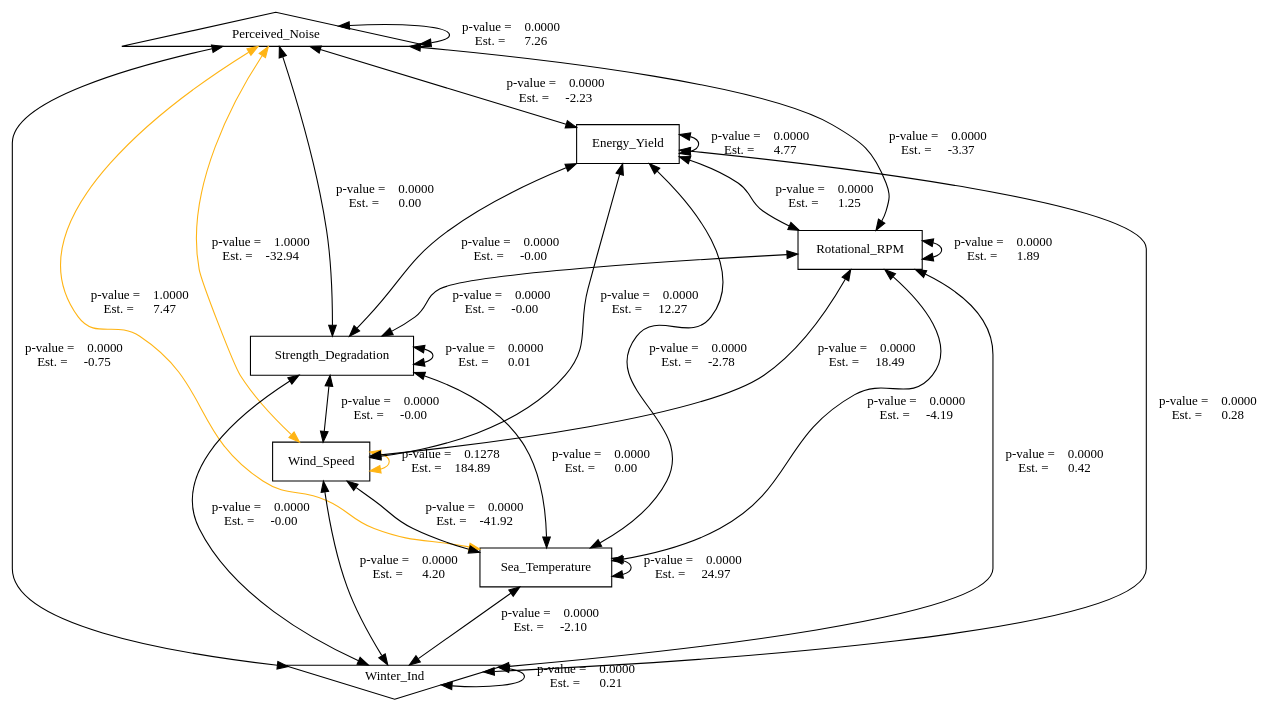
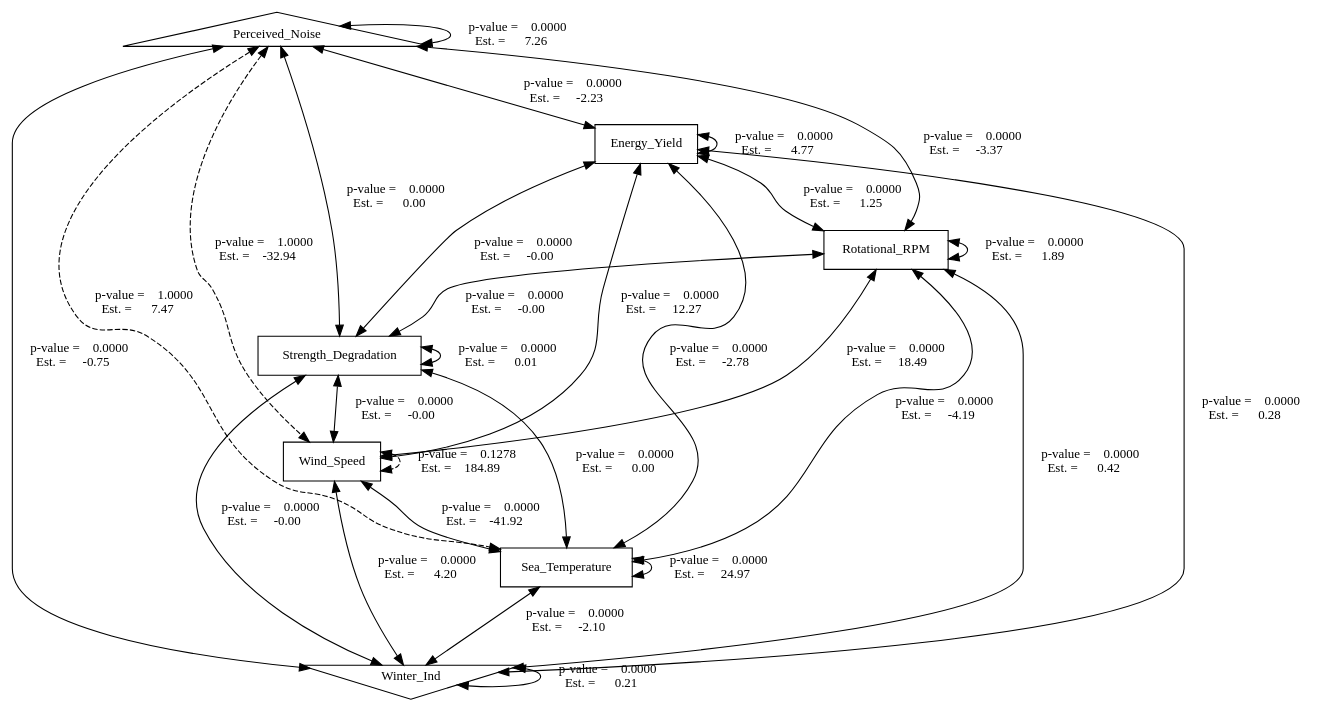
Before and after one commit to elikling/FDCR_causality: the diagram in notebooks/FDCR_scm_induced_covariances_01.gv, drawn with Graphviz. The commit also changed 16 other files, not shown here.

```diff
--- a/notebooks/FDCR_scm_induced_covariances_01.gv
+++ b/notebooks/FDCR_scm_induced_covariances_01.gv
@@ -1,79 +1,79 @@
 digraph FDCR_scm_induced_covariances_01 {
 	overlap=scale
 	splines=True
 	edge [fontsize=12]
 	node [fillcolor=white]
 	node [color=black]
 	node [shape=""]
 	node [style=filled]
 	node [fontsize=12]
-	node [shape=circle]
+	node [shape=plain]
 	node [shape=triangle]
 	Perceived_Noise [label=Perceived_Noise]
 	node [shape=invtriangle]
 	Winter_Ind [label=Winter_Ind]
 	node [shape=box]
 	Winter_Ind [label=Winter_Ind]
 	Sea_Temperature [label=Sea_Temperature]
 	Wind_Speed [label=Wind_Speed]
 	Strength_Degradation [label=Strength_Degradation]
 	Rotational_RPM [label=Rotational_RPM]
 	Energy_Yield [label=Energy_Yield]
 	Perceived_Noise [label=Perceived_Noise]
-	Winter_Ind -> Winter_Ind [label="p-value =    0.0000
- Est. =      0.21" color=black dir=both lblstyle="above, sloped"]
-	Sea_Temperature -> Winter_Ind [label="p-value =    0.0000
- Est. =     -2.10" color=black dir=both lblstyle="above, sloped"]
-	Wind_Speed -> Winter_Ind [label="p-value =    0.0000
- Est. =      4.20" color=black dir=both lblstyle="above, sloped"]
-	Strength_Degradation -> Winter_Ind [label="p-value =    0.0000
- Est. =     -0.00" color=black dir=both lblstyle="above, sloped"]
-	Rotational_RPM -> Winter_Ind [label="p-value =    0.0000
- Est. =      0.42" color=black dir=both lblstyle="above, sloped"]
-	Energy_Yield -> Winter_Ind [label="p-value =    0.0000
- Est. =      0.28" color=black dir=both lblstyle="above, sloped"]
-	Perceived_Noise -> Winter_Ind [label="p-value =    0.0000
- Est. =     -0.75" color=black dir=both lblstyle="above, sloped"]
-	Sea_Temperature -> Sea_Temperature [label="p-value =    0.0000
- Est. =     24.97" color=black dir=both lblstyle="above, sloped"]
-	Wind_Speed -> Sea_Temperature [label="p-value =    0.0000
- Est. =    -41.92" color=black dir=both lblstyle="above, sloped"]
-	Strength_Degradation -> Sea_Temperature [label="p-value =    0.0000
- Est. =      0.00" color=black dir=both lblstyle="above, sloped"]
-	Rotational_RPM -> Sea_Temperature [label="p-value =    0.0000
- Est. =     -4.19" color=black dir=both lblstyle="above, sloped"]
-	Energy_Yield -> Sea_Temperature [label="p-value =    0.0000
- Est. =     -2.78" color=black dir=both lblstyle="above, sloped"]
-	Perceived_Noise -> Sea_Temperature [label="p-value =    1.0000
- Est. =      7.47" color="#FFB414" dir=both lblstyle="above, sloped"]
-	Wind_Speed -> Wind_Speed [label="p-value =    0.1278
- Est. =    184.89" color="#FFB414" dir=both lblstyle="above, sloped"]
-	Strength_Degradation -> Wind_Speed [label="p-value =    0.0000
- Est. =     -0.00" color=black dir=both lblstyle="above, sloped"]
-	Rotational_RPM -> Wind_Speed [label="p-value =    0.0000
- Est. =     18.49" color=black dir=both lblstyle="above, sloped"]
-	Energy_Yield -> Wind_Speed [label="p-value =    0.0000
- Est. =     12.27" color=black dir=both lblstyle="above, sloped"]
-	Perceived_Noise -> Wind_Speed [label="p-value =    1.0000
- Est. =    -32.94" color="#FFB414" dir=both lblstyle="above, sloped"]
-	Strength_Degradation -> Strength_Degradation [label="p-value =    0.0000
- Est. =      0.01" color=black dir=both lblstyle="above, sloped"]
-	Rotational_RPM -> Strength_Degradation [label="p-value =    0.0000
- Est. =     -0.00" color=black dir=both lblstyle="above, sloped"]
-	Energy_Yield -> Strength_Degradation [label="p-value =    0.0000
- Est. =     -0.00" color=black dir=both lblstyle="above, sloped"]
-	Perceived_Noise -> Strength_Degradation [label="p-value =    0.0000
- Est. =      0.00" color=black dir=both lblstyle="above, sloped"]
-	Rotational_RPM -> Rotational_RPM [label="p-value =    0.0000
- Est. =      1.89" color=black dir=both lblstyle="above, sloped"]
-	Energy_Yield -> Rotational_RPM [label="p-value =    0.0000
- Est. =      1.25" color=black dir=both lblstyle="above, sloped"]
-	Perceived_Noise -> Rotational_RPM [label="p-value =    0.0000
- Est. =     -3.37" color=black dir=both lblstyle="above, sloped"]
-	Energy_Yield -> Energy_Yield [label="p-value =    0.0000
- Est. =      4.77" color=black dir=both lblstyle="above, sloped"]
-	Perceived_Noise -> Energy_Yield [label="p-value =    0.0000
- Est. =     -2.23" color=black dir=both lblstyle="above, sloped"]
-	Perceived_Noise -> Perceived_Noise [label="p-value =    0.0000
- Est. =      7.26" color=black dir=both lblstyle="above, sloped"]
+	Winter_Ind -> Winter_Ind [label="  p-value =    0.0000
+ Est. =      0.21   " color=black dir=both lblstyle="above, sloped"]
+	Sea_Temperature -> Winter_Ind [label="  p-value =    0.0000
+ Est. =     -2.10   " color=black dir=both lblstyle="above, sloped"]
+	Wind_Speed -> Winter_Ind [label="  p-value =    0.0000
+ Est. =      4.20   " color=black dir=both lblstyle="above, sloped"]
+	Strength_Degradation -> Winter_Ind [label="  p-value =    0.0000
+ Est. =     -0.00   " color=black dir=both lblstyle="above, sloped"]
+	Rotational_RPM -> Winter_Ind [label="  p-value =    0.0000
+ Est. =      0.42   " color=black dir=both lblstyle="above, sloped"]
+	Energy_Yield -> Winter_Ind [label="  p-value =    0.0000
+ Est. =      0.28   " color=black dir=both lblstyle="above, sloped"]
+	Perceived_Noise -> Winter_Ind [label="  p-value =    0.0000
+ Est. =     -0.75   " color=black dir=both lblstyle="above, sloped"]
+	Sea_Temperature -> Sea_Temperature [label="  p-value =    0.0000
+ Est. =     24.97   " color=black dir=both lblstyle="above, sloped"]
+	Wind_Speed -> Sea_Temperature [label="  p-value =    0.0000
+ Est. =    -41.92   " color=black dir=both lblstyle="above, sloped"]
+	Strength_Degradation -> Sea_Temperature [label="  p-value =    0.0000
+ Est. =      0.00   " color=black dir=both lblstyle="above, sloped"]
+	Rotational_RPM -> Sea_Temperature [label="  p-value =    0.0000
+ Est. =     -4.19   " color=black dir=both lblstyle="above, sloped"]
+	Energy_Yield -> Sea_Temperature [label="  p-value =    0.0000
+ Est. =     -2.78   " color=black dir=both lblstyle="above, sloped"]
+	Perceived_Noise -> Sea_Temperature [label="  p-value =    1.0000
+ Est. =      7.47   " color=black dir=both lblstyle="above, sloped" style=dashed]
+	Wind_Speed -> Wind_Speed [label="  p-value =    0.1278
+ Est. =    184.89   " color=black dir=both lblstyle="above, sloped" style=dashed]
+	Strength_Degradation -> Wind_Speed [label="  p-value =    0.0000
+ Est. =     -0.00   " color=black dir=both lblstyle="above, sloped"]
+	Rotational_RPM -> Wind_Speed [label="  p-value =    0.0000
+ Est. =     18.49   " color=black dir=both lblstyle="above, sloped"]
+	Energy_Yield -> Wind_Speed [label="  p-value =    0.0000
+ Est. =     12.27   " color=black dir=both lblstyle="above, sloped"]
+	Perceived_Noise -> Wind_Speed [label="  p-value =    1.0000
+ Est. =    -32.94   " color=black dir=both lblstyle="above, sloped" style=dashed]
+	Strength_Degradation -> Strength_Degradation [label="  p-value =    0.0000
+ Est. =      0.01   " color=black dir=both lblstyle="above, sloped"]
+	Rotational_RPM -> Strength_Degradation [label="  p-value =    0.0000
+ Est. =     -0.00   " color=black dir=both lblstyle="above, sloped"]
+	Energy_Yield -> Strength_Degradation [label="  p-value =    0.0000
+ Est. =     -0.00   " color=black dir=both lblstyle="above, sloped"]
+	Perceived_Noise -> Strength_Degradation [label="  p-value =    0.0000
+ Est. =      0.00   " color=black dir=both lblstyle="above, sloped"]
+	Rotational_RPM -> Rotational_RPM [label="  p-value =    0.0000
+ Est. =      1.89   " color=black dir=both lblstyle="above, sloped"]
+	Energy_Yield -> Rotational_RPM [label="  p-value =    0.0000
+ Est. =      1.25   " color=black dir=both lblstyle="above, sloped"]
+	Perceived_Noise -> Rotational_RPM [label="  p-value =    0.0000
+ Est. =     -3.37   " color=black dir=both lblstyle="above, sloped"]
+	Energy_Yield -> Energy_Yield [label="  p-value =    0.0000
+ Est. =      4.77   " color=black dir=both lblstyle="above, sloped"]
+	Perceived_Noise -> Energy_Yield [label="  p-value =    0.0000
+ Est. =     -2.23   " color=black dir=both lblstyle="above, sloped"]
+	Perceived_Noise -> Perceived_Noise [label="  p-value =    0.0000
+ Est. =      7.26   " color=black dir=both lblstyle="above, sloped"]
 }
```
